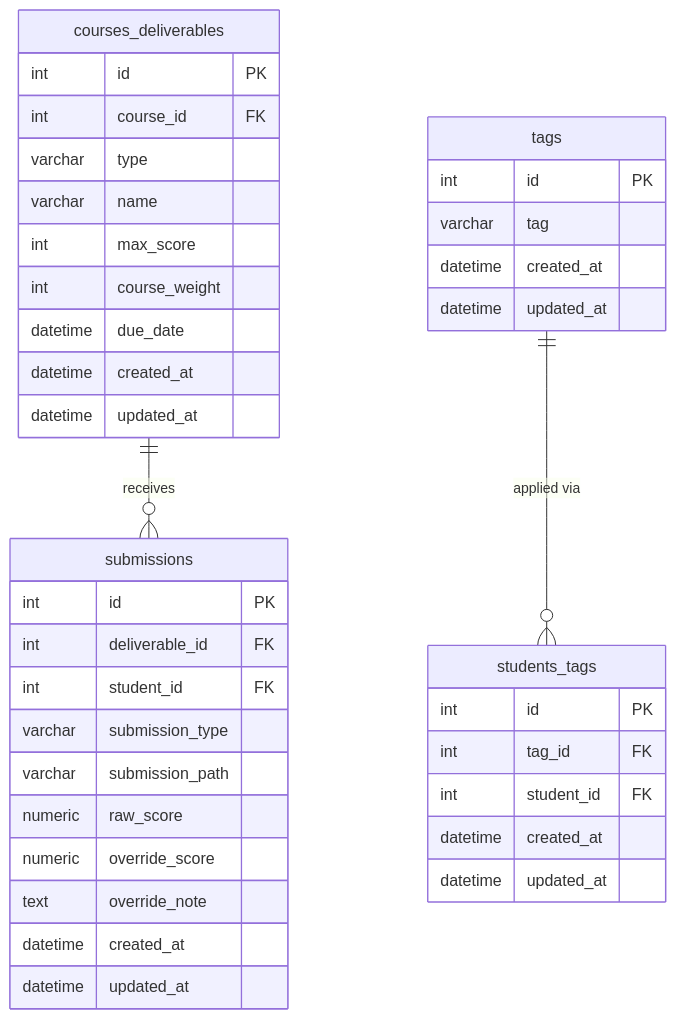
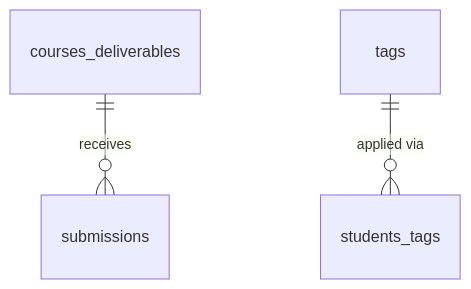
Before and after one commit to AndrewEmad14/attendance-and-grading-platform-backend: the fifth of 5 diagrams in README.md, drawn with Mermaid. The commit also changed other lines of this file and 3 other files, not shown here.

````diff
--- a/README.md
+++ b/README.md
@@ -769,45 +191,9 @@
 ```mermaid
 erDiagram
-    courses_deliverables {
-        int id PK
-        int course_id FK
-        varchar type
-        varchar name
-        int max_score
-        int course_weight
-        datetime due_date
-        datetime created_at
-        datetime updated_at
-    }
-
-    submissions {
-        int id PK
-        int deliverable_id FK
-        int student_id FK
-        varchar submission_type
-        varchar submission_path
-        numeric raw_score
-        numeric override_score
-        text override_note
-        datetime created_at
-        datetime updated_at
-    }
-
-    tags {
-        int id PK
-        varchar tag
-        datetime created_at
-        datetime updated_at
-    }
-
-    students_tags {
-        int id PK
-        int tag_id FK
-        int student_id FK
-        datetime created_at
-        datetime updated_at
-    }
-
+    courses_deliverables {}
+    submissions {}
+    tags {}
+    students_tags {}
     courses_deliverables ||--o{ submissions   : "receives"
     tags                 ||--o{ students_tags : "applied via"
 ```
````
